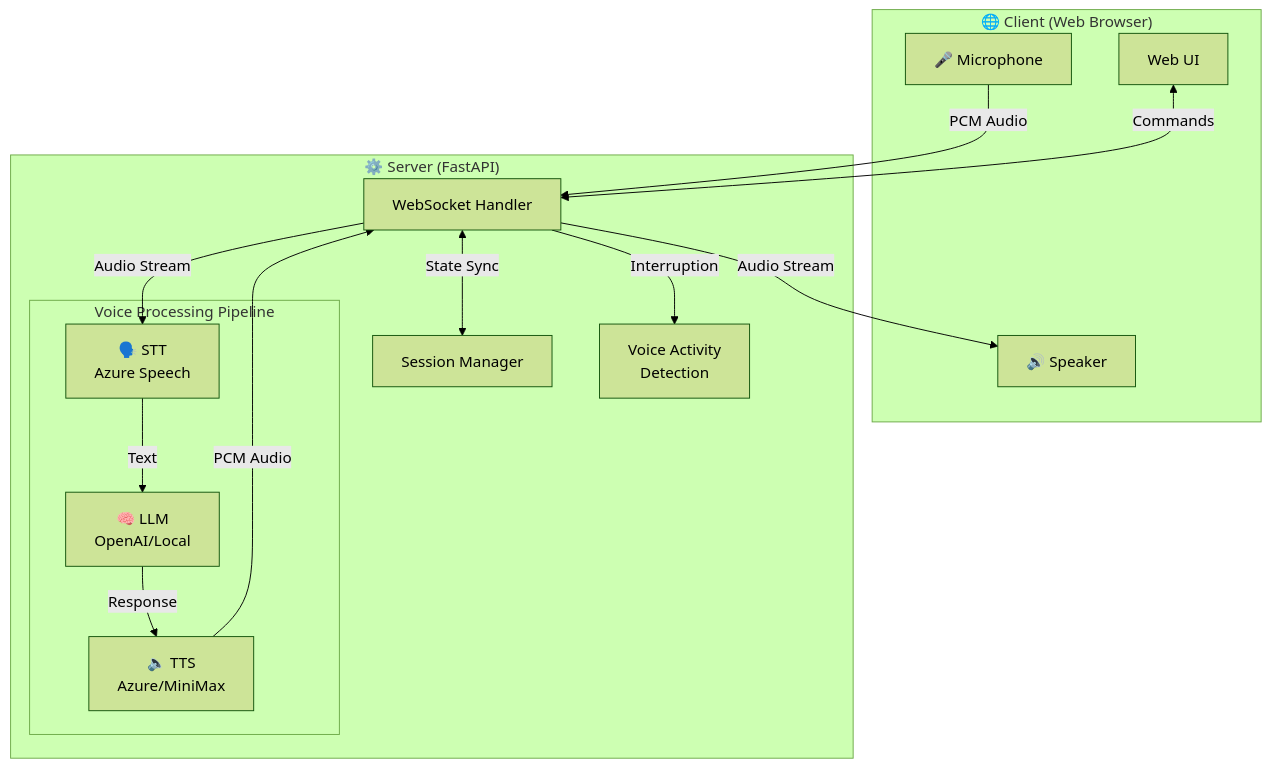
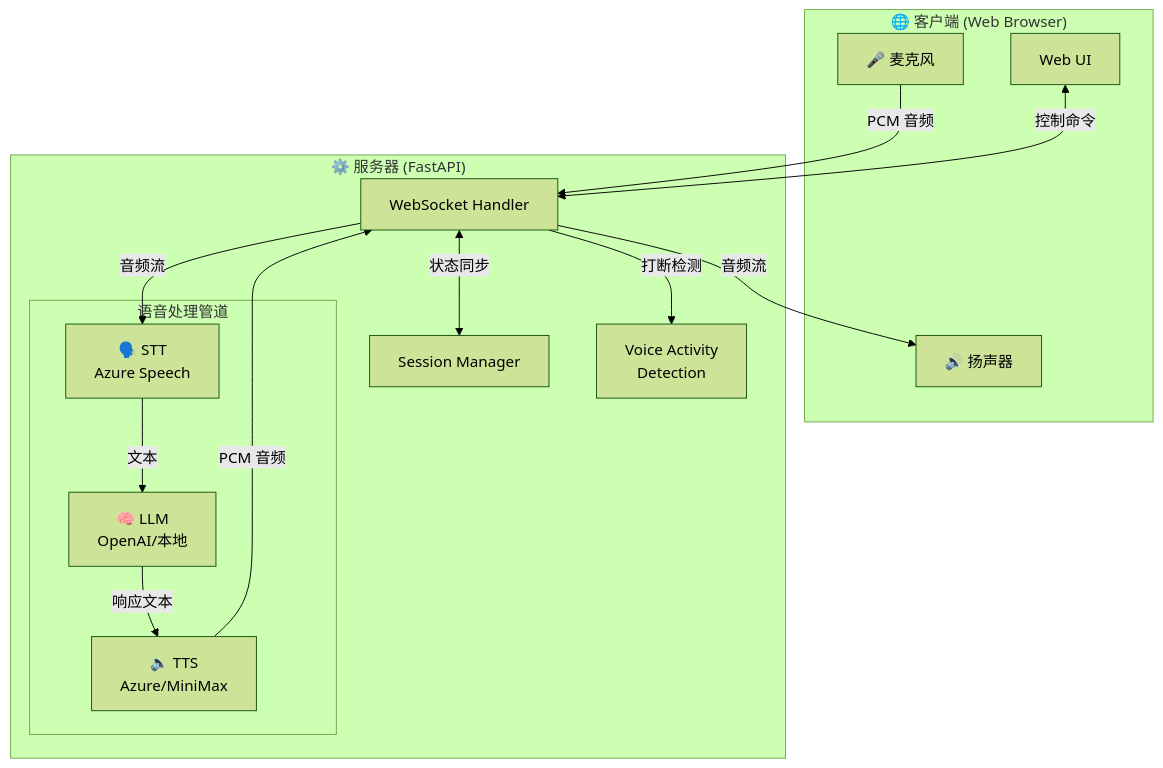
The first of 2 diagrams in README.md (chicogong/realtime-ai), drawn with Mermaid (forest theme) before and after one commit. The commit also changed other lines of this file and 1 other file, not shown here.

Commit message:
docs: add English README and language switcher
- Create README.en.md with full English documentation
- Add language switcher links to both READMEs
- Restore Chinese README to pure Chinese content

🤖 Generated with [CodeBuddy Code]

````diff
--- a/README.md
+++ b/README.md
@@ -16,33 +16,33 @@
 ```mermaid
 graph TB
-    subgraph Client["🌐 Client (Web Browser)"]
-        MIC[🎤 Microphone]
-        SPK[🔊 Speaker]
+    subgraph Client["🌐 客户端 (Web Browser)"]
+        MIC[🎤 麦克风]
+        SPK[🔊 扬声器]
         UI[Web UI]
     end
 
-    subgraph Server["⚙️ Server (FastAPI)"]
+    subgraph Server["⚙️ 服务器 (FastAPI)"]
         WS[WebSocket Handler]
         
-        subgraph Pipeline["Voice Processing Pipeline"]
+        subgraph Pipeline["语音处理管道"]
             STT[🗣️ STT<br/>Azure Speech]
-            LLM[🧠 LLM<br/>OpenAI/Local]
+            LLM[🧠 LLM<br/>OpenAI/本地]
             TTS[🔈 TTS<br/>Azure/MiniMax]
         end
         
         SM[Session Manager]
         VAD[Voice Activity<br/>Detection]
     end
 
-    MIC -->|PCM Audio| WS
-    WS -->|Audio Stream| STT
-    STT -->|Text| LLM
-    LLM -->|Response| TTS
-    TTS -->|PCM Audio| WS
-    WS -->|Audio Stream| SPK
+    MIC -->|PCM 音频| WS
+    WS -->|音频流| STT
+    STT -->|文本| LLM
+    LLM -->|响应文本| TTS
+    TTS -->|PCM 音频| WS
+    WS -->|音频流| SPK
     
-    WS <-->|State Sync| SM
-    WS -->|Interruption| VAD
+    WS <-->|状态同步| SM
+    WS -->|打断检测| VAD
     
-    UI <-->|Commands| WS
+    UI <-->|控制命令| WS
 ```
````
